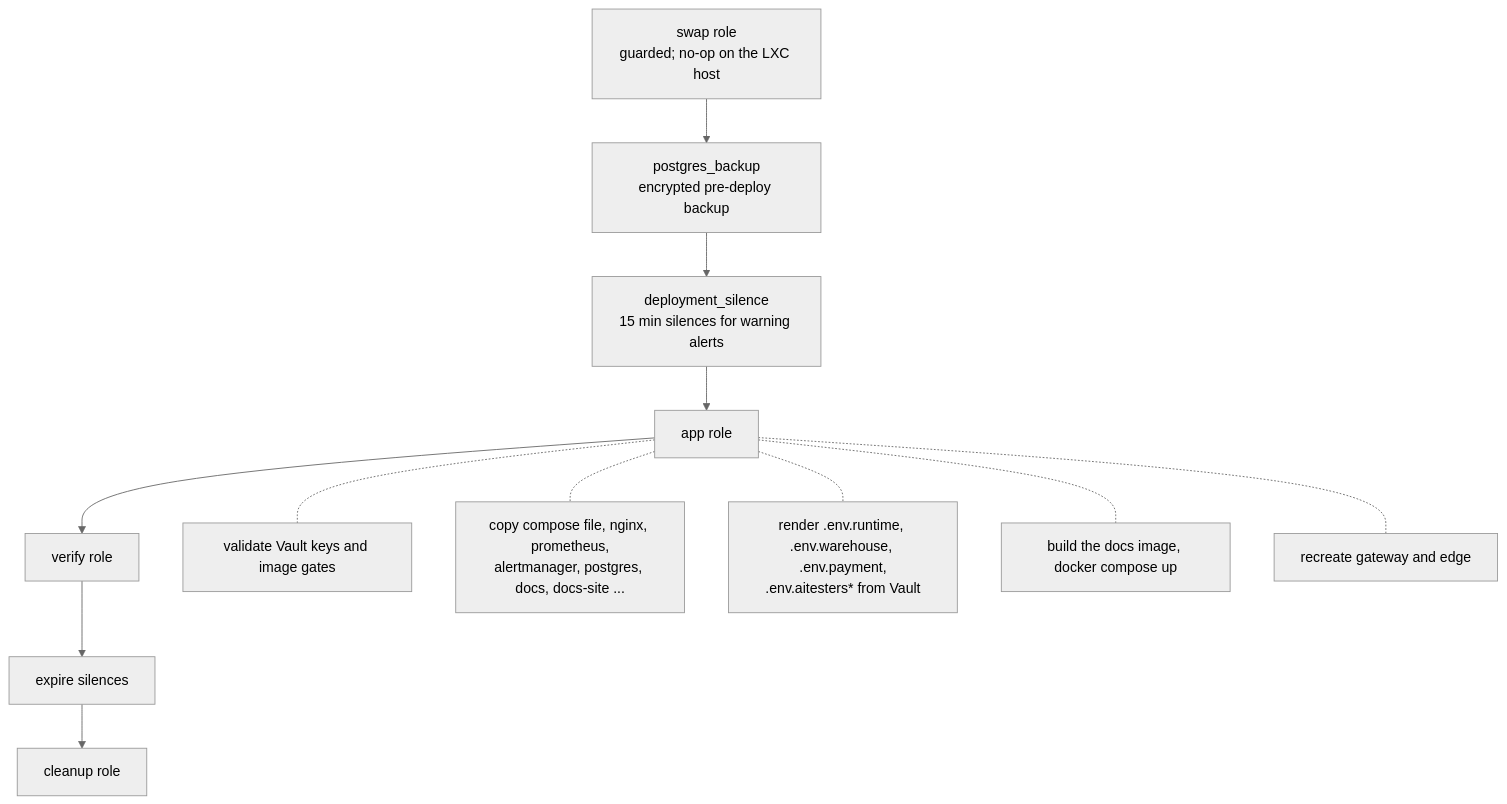
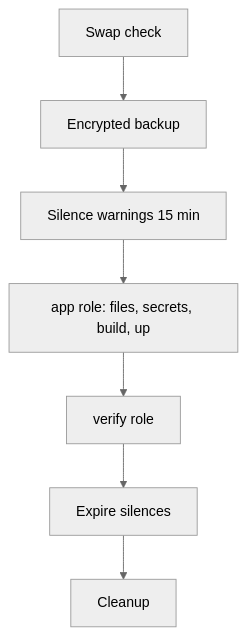
The diagram in docs-site/docs/operations/production.md (slawekradzyminski/awesome-localstack), drawn with Mermaid (neutral theme) before and after one commit. The commit also changed other lines of this file and 27 other files, not shown here.

First line of the commit message:
Fix unrendered wiki diagrams and make every diagram readable

````diff
--- a/docs-site/docs/operations/production.md
+++ b/docs-site/docs/operations/production.md
@@ -24,14 +24,9 @@
 ```mermaid
-flowchart TD
-    A[swap role<br/>guarded; no-op on the LXC host] --> B[postgres_backup<br/>encrypted pre-deploy backup]
-    B --> C[deployment_silence<br/>15 min silences for warning alerts]
-    C --> D[app role]
+flowchart TB
+    A[Swap check] --> B[Encrypted backup]
+    B --> C[Silence warnings 15 min]
+    C --> D[app role: files, secrets, build, up]
     D --> E[verify role]
-    E --> F[expire silences]
-    F --> G[cleanup role]
-    D -.- D1[validate Vault keys and image gates]
-    D -.- D2[copy compose file, nginx, prometheus,<br/>alertmanager, postgres, docs, docs-site ...]
-    D -.- D3[render .env.runtime, .env.warehouse, .env.payment,<br/>.env.aitesters* from Vault]
-    D -.- D4[build the docs image, docker compose up]
-    D -.- D5[recreate gateway and edge]
+    E --> F[Expire silences]
+    F --> G[Cleanup]
 ```
````
